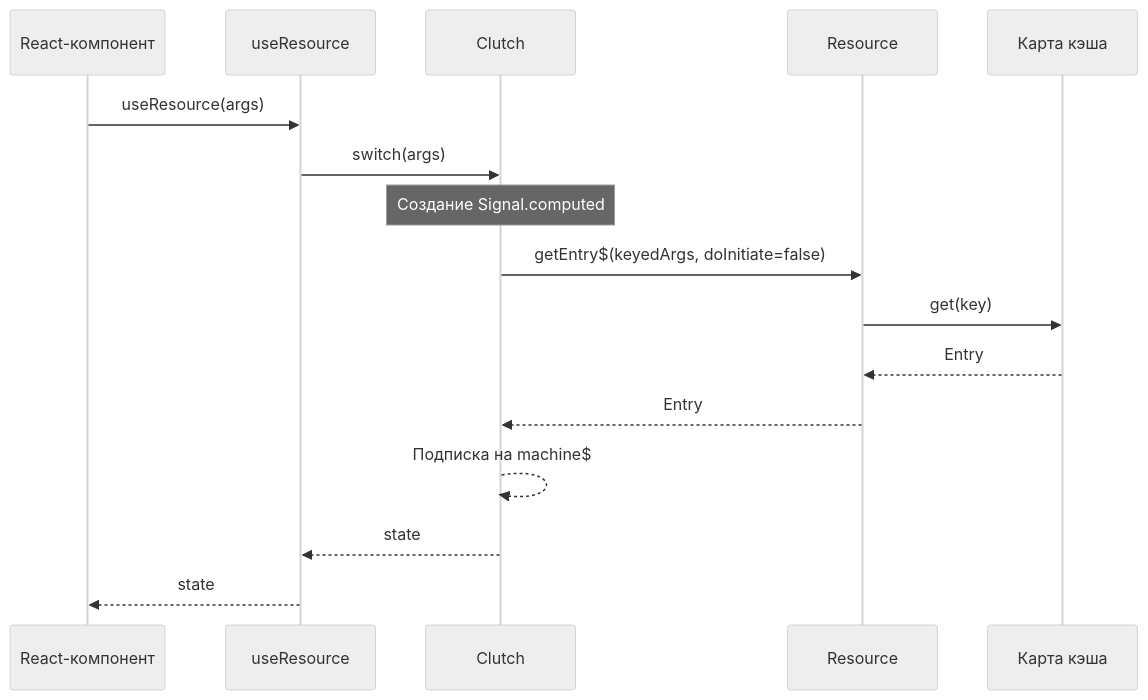
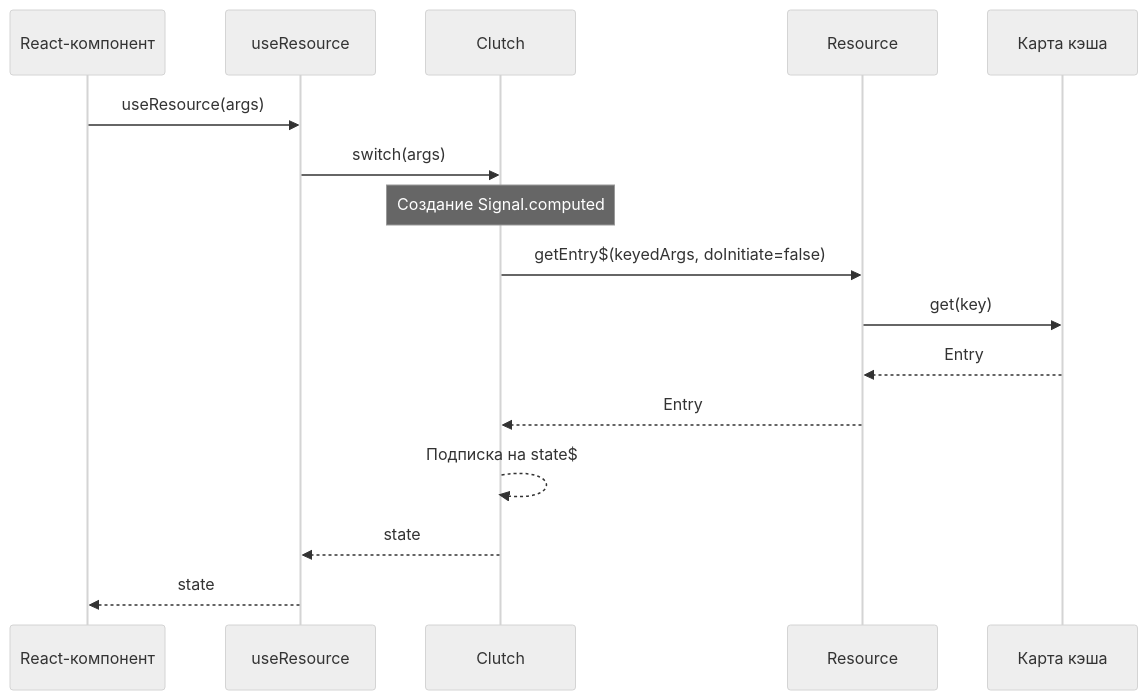
The second of 10 diagrams in docs/query/concepts/dataflows.md (fozy-labs/rx-toolkit), drawn with Mermaid (neutral theme) before and after one commit. The commit also changed other lines of this file and 71 other files, not shown here.

````diff
--- a/docs/query/concepts/dataflows.md
+++ b/docs/query/concepts/dataflows.md
@@ -107,19 +107,19 @@
 ```mermaid
 sequenceDiagram
     participant UI as React-компонент
     participant Hook as useResource
     participant Clutch as Clutch
     participant Res as Resource
     participant Cache as Карта кэша
 
     UI->>Hook: useResource(args)
     Hook->>Clutch: switch(args)
     Note over Clutch: Создание Signal.computed
     Clutch->>Res: getEntry$(keyedArgs, doInitiate=false)
     Res->>Cache: get(key)
     Cache-->>Res: Entry
     Res-->>Clutch: Entry
-    Clutch-->>Clutch: Подписка на machine$
+    Clutch-->>Clutch: Подписка на state$
     Clutch-->>Hook: state
     Hook-->>UI: state
 ```
````
